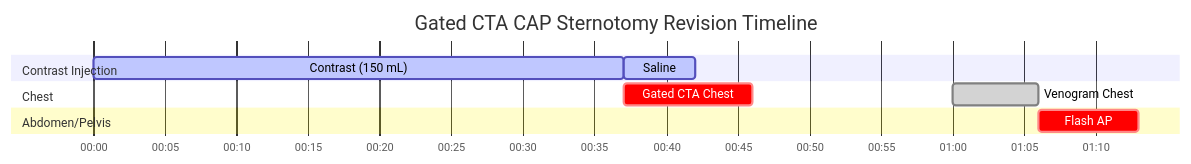
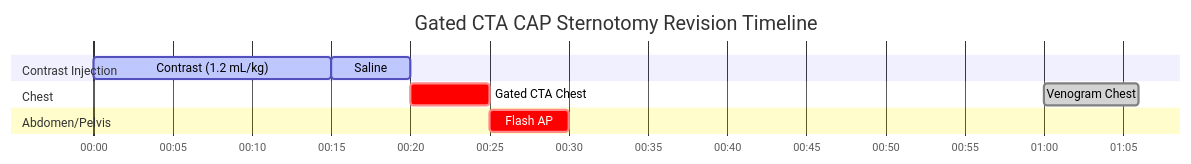
One commit to dfergs93/radiology-protocols changed the diagram in docs/ct/cardiac/gated-cta-cap-sternotomy-revision.md. Above: the diagram before and after it, drawn with Mermaid. The commit also changed other lines of this file and 26 other files, not shown here.

````diff
--- a/docs/ct/cardiac/gated-cta-cap-sternotomy-revision.md
+++ b/docs/ct/cardiac/gated-cta-cap-sternotomy-revision.md
@@ -86,21 +87,21 @@
   ```mermaid
   ---
   displayMode: compact
   config:
     theme: default
     themeCSS: " #Saline{ fill: #4ed5ff; stroke: #2094f3; } "
   ---
     gantt
       title Gated CTA CAP Sternotomy Revision Timeline
       dateFormat mm:ss
       axisFormat %M:%S 
       
       section Contrast Injection
-      Contrast (150 mL)    :active, contrast, 00:00, 37s
+      Contrast (1.2 mL/kg)    :active, contrast, 00:00, 15s
       Saline          :active, saline, after contrast, 5s
       section Chest
-      Gated CTA Chest    :crit, scan1, after contrast, 9.0s
+      Gated CTA Chest    :crit, scan1, after saline, 5s
       Venogram Chest    :done, scan2, 01:00, 6s
       section Abdomen/Pelvis
-      Flash AP    :crit, scan3, after scan2, 7s
+      Flash AP    :crit, scan3, after scan1, 5s
   ```
````
